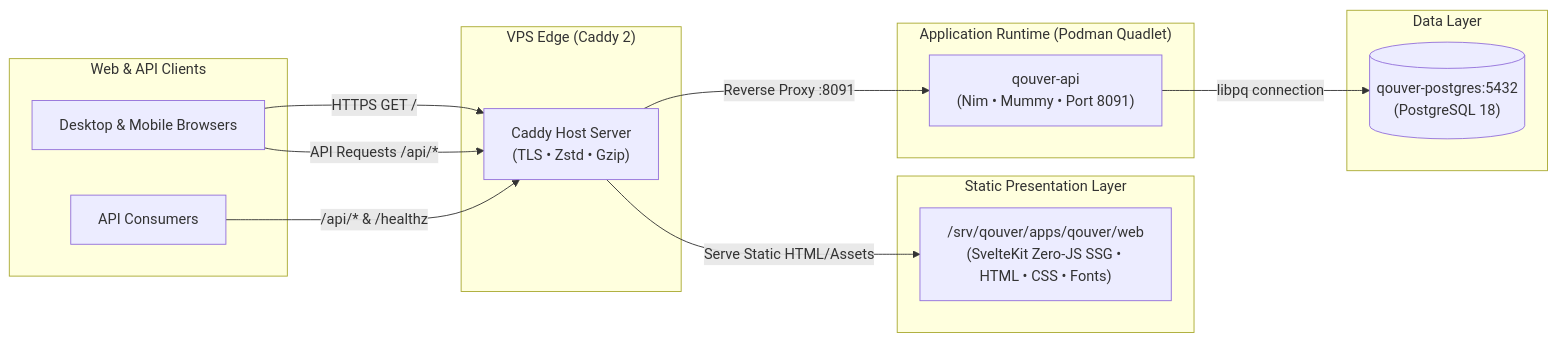
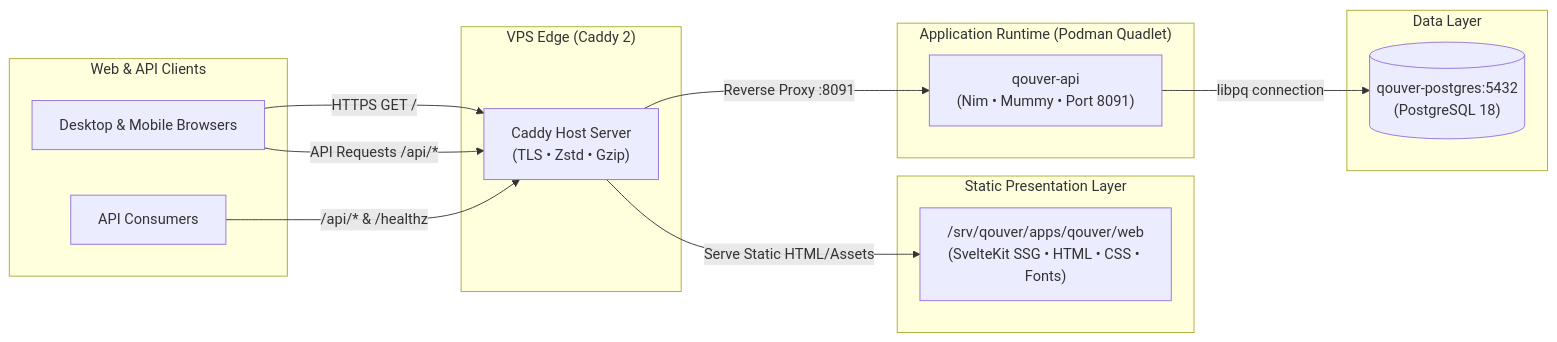
The diagram in README.md (nferdazel/qouver), drawn with Mermaid before and after one commit. The commit also changed other lines of this file and 7 other files, not shown here.

````diff
--- a/README.md
+++ b/README.md
@@ -22,31 +22,31 @@
 ```mermaid
 flowchart LR
     subgraph Clients ["Web & API Clients"]
         Browser["Desktop & Mobile Browsers"]
         APIClient["API Consumers"]
     end
 
     subgraph Edge ["VPS Edge (Caddy 2)"]
         Caddy["Caddy Host Server\n(TLS • Zstd • Gzip)"]
     end
 
     subgraph Presentation ["Static Presentation Layer"]
-        StaticFiles["/srv/qouver/apps/qouver/web\n(SvelteKit Zero-JS SSG • HTML • CSS • Fonts)"]
+        StaticFiles["/srv/qouver/apps/qouver/web\n(SvelteKit SSG • HTML • CSS • Fonts)"]
     end
 
     subgraph Services ["Application Runtime (Podman Quadlet)"]
         NimAPI["qouver-api\n(Nim • Mummy • Port 8091)"]
     end
 
     subgraph Persistence ["Data Layer"]
         Postgres[("qouver-postgres:5432\n(PostgreSQL 18)")]
     end
 
     Browser -->|HTTPS GET /| Caddy
     Browser -->|API Requests /api/*| Caddy
     APIClient -->|/api/* & /healthz| Caddy
 
     Caddy -->|Serve Static HTML/Assets| StaticFiles
     Caddy -->|Reverse Proxy :8091| NimAPI
     NimAPI -->|libpq connection| Postgres
 ```
````
